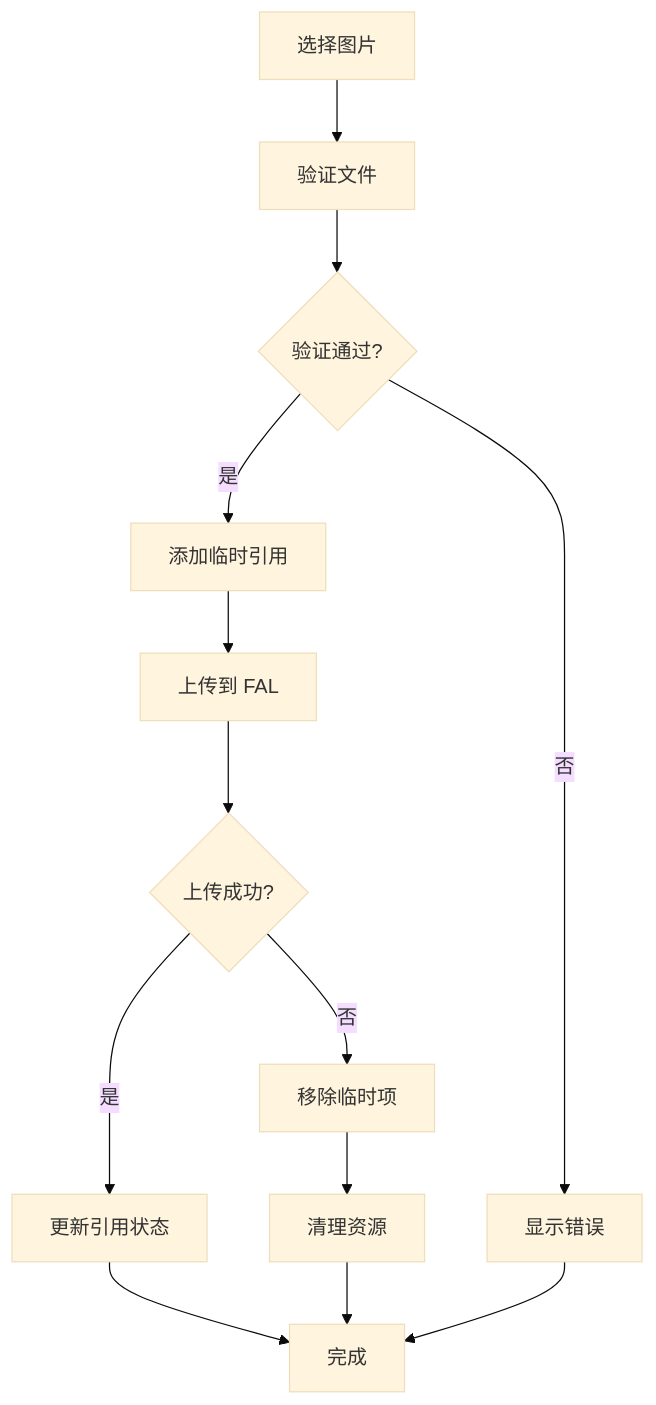
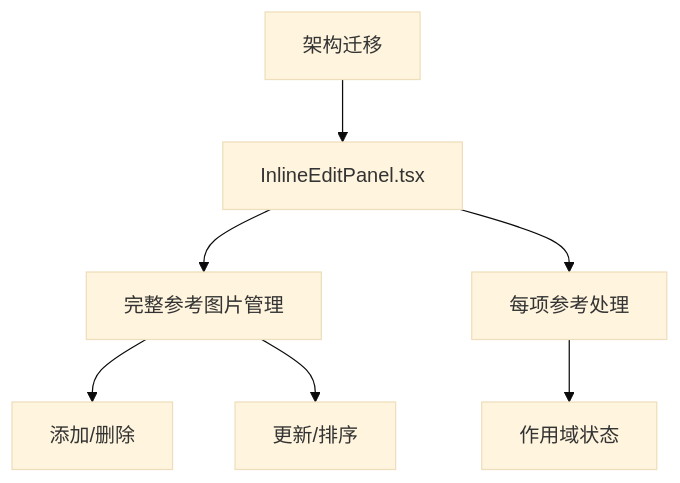
Before and after one commit to billye220670/BananaFlow2: diagram 11 of 16 in .qoder/repowiki/zh/content/状态管理系统.md, drawn with Mermaid (base theme). The commit also changed other lines of this file and 29 other files, not shown here.

````diff
--- a/.qoder/repowiki/zh/content/状态管理系统.md
+++ b/.qoder/repowiki/zh/content/状态管理系统.md
@@ -306,15 +365,9 @@
 ```mermaid
 flowchart TD
-Select[选择图片] --> Validate[验证文件]
-Validate --> Valid{验证通过?}
-Valid --> |否| Error[显示错误]
-Valid --> |是| AddTemp[添加临时引用]
-AddTemp --> Upload[上传到 FAL]
-Upload --> UploadSuccess{上传成功?}
-UploadSuccess --> |否| RemoveTemp[移除临时项]
-UploadSuccess --> |是| UpdateRef[更新引用状态]
-UpdateRef --> Done[完成]
-RemoveTemp --> Cleanup[清理资源]
-Cleanup --> Done
-Error --> Done
+Migration[架构迁移] --> NewLocation[InlineEditPanel.tsx]
+NewLocation --> FullFunctionality[完整参考图片管理]
+NewLocation --> PerItemSupport[每项参考处理]
+FullFunctionality --> AddRemove[添加/删除]
+FullFunctionality --> UpdateOrder[更新/排序]
+PerItemSupport --> ScopedState[作用域状态]
 ```
````
